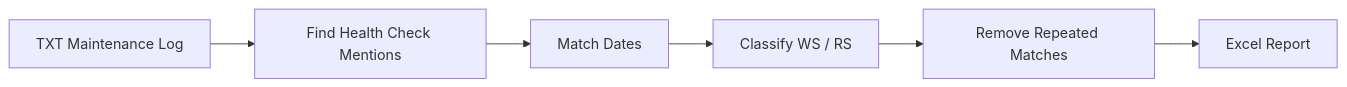
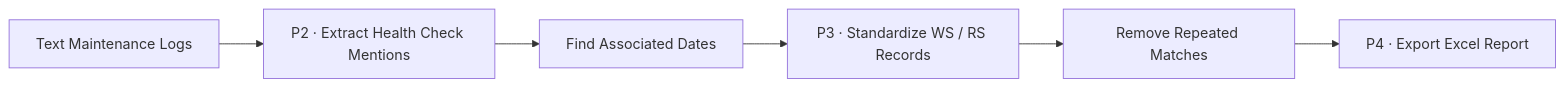
The diagram in README.md (ChengYuChing/ASML-Equipment-Maintenance-Data-Automation), drawn with Mermaid before and after one commit. The commit also changed other lines of this file, not shown here.

````diff
--- a/README.md
+++ b/README.md
@@ -22,8 +22,8 @@
 ```mermaid
 flowchart LR
-    A["TXT Maintenance Log"] --> B["Find Health Check Mentions"]
-    B --> C["Match Dates"]
-    C --> D["Classify WS / RS"]
+    A["Text Maintenance Logs"] --> B["P2 · Extract Health Check Mentions"]
+    B --> C["Find Associated Dates"]
+    C --> D["P3 · Standardize WS / RS Records"]
     D --> E["Remove Repeated Matches"]
-    E --> F["Excel Report"]
+    E --> F["P4 · Export Excel Report"]
 ```
````
